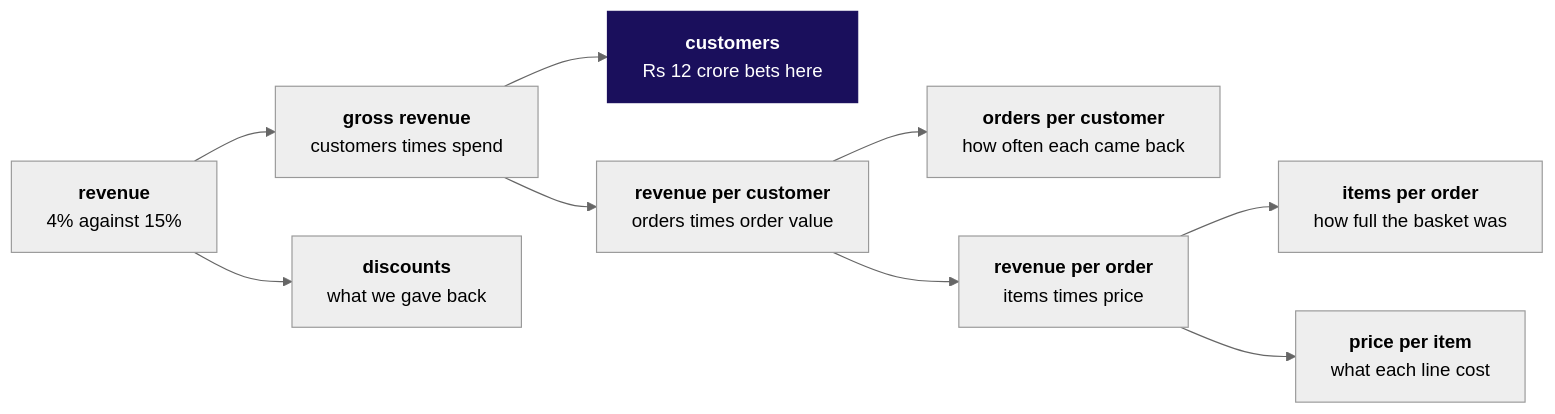
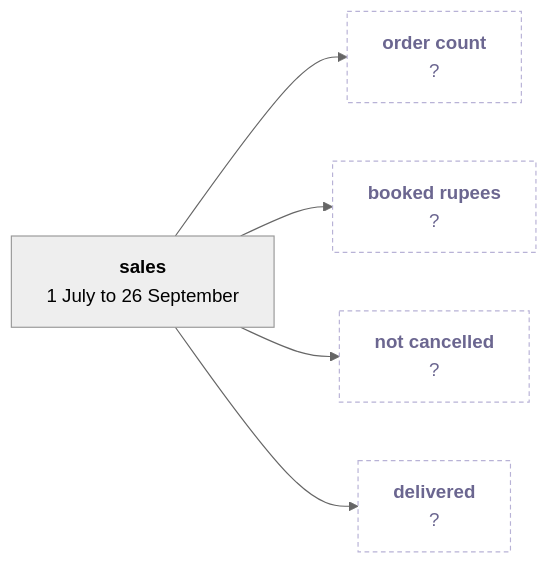
One commit to fde-academy-lab/c2-content-factory changed the fifth of 15 diagrams in content/W01/D1/slides/C2_W01_D01_half1_STUDENT.md. Above: the diagram before and after it, drawn with Mermaid (neutral theme). The commit also changed other lines of this file and 28 other files, not shown here.

````diff
--- a/content/W01/D1/slides/C2_W01_D01_half1_STUDENT.md
+++ b/content/W01/D1/slides/C2_W01_D01_half1_STUDENT.md
@@ -274,13 +202,9 @@
 ```mermaid
 flowchart LR
-    R["<b>revenue</b><br/>4% against 15%"] --> G["<b>gross revenue</b><br/>customers times spend"]
-    R --> D["<b>discounts</b><br/>what we gave back"]
-    G --> C["<b>customers</b><br/>Rs 12 crore bets here"]
-    G --> V["<b>revenue per customer</b><br/>orders times order value"]
-    V --> F["<b>orders per customer</b><br/>how often each came back"]
-    V --> O["<b>revenue per order</b><br/>items times price"]
-    O --> B["<b>items per order</b><br/>how full the basket was"]
-    O --> P["<b>price per item</b><br/>what each line cost"]
-    classDef bet fill:#1A0F5C,stroke:#1A0F5C,color:#FFFFFF
-    class C bet
+    S["<b>sales</b><br/>1 July to 26 September"] --> N["<b>order count</b><br/>?"]
+    S --> B["<b>booked rupees</b><br/>?"]
+    S --> C["<b>not cancelled</b><br/>?"]
+    S --> D["<b>delivered</b><br/>?"]
+    classDef unknown fill:#FFFFFF,stroke:#B8B2D6,color:#6B6690,stroke-dasharray:4 3
+    class N,B,C,D unknown
 ```
````
